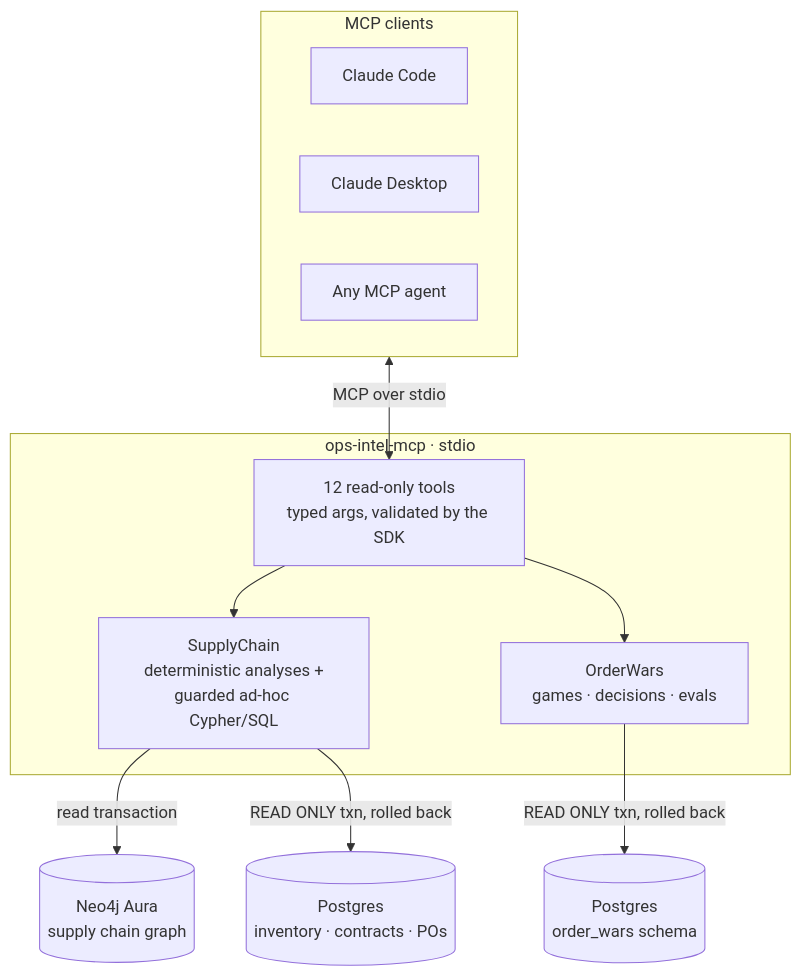
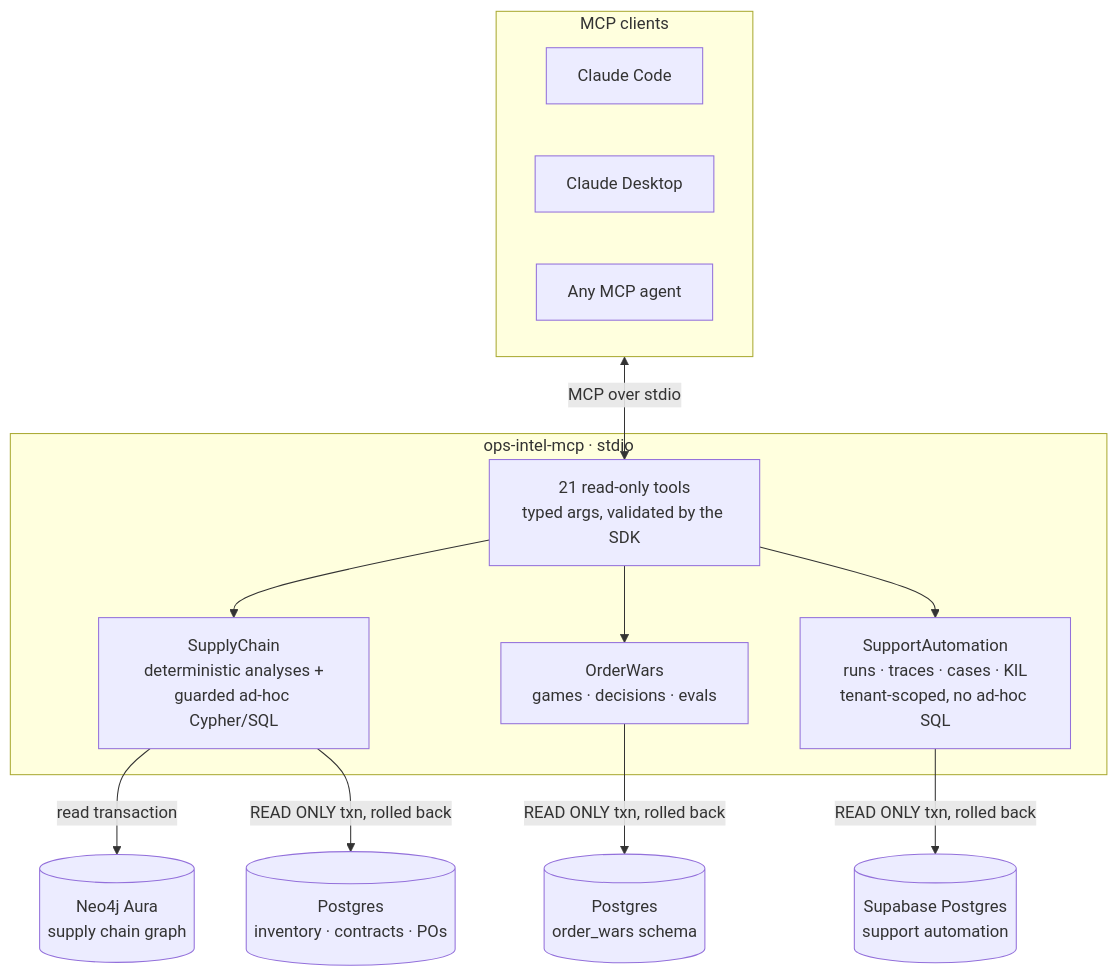
Before and after one commit to vishnuanalytics/ops-intel-mcp: the diagram in README.md, drawn with Mermaid. The commit also changed other lines of this file and 7 other files, not shown here.

First line of the commit message:
Add Support Automation backend: 9 read-only, tenant-scoped tools

````diff
--- a/README.md
+++ b/README.md
@@ -59,26 +78,30 @@
 ```mermaid
 flowchart TB
     subgraph Clients["MCP clients"]
         direction LR
         CC["Claude Code"]
         CD["Claude Desktop"]
         AG["Any MCP agent"]
     end
 
     subgraph Server["ops-intel-mcp · stdio"]
-        T["12 read-only tools<br/>typed args, validated by the SDK"]
+        T["21 read-only tools<br/>typed args, validated by the SDK"]
         SC["SupplyChain<br/>deterministic analyses +<br/>guarded ad-hoc Cypher/SQL"]
         OW["OrderWars<br/>games · decisions · evals"]
+        SA["SupportAutomation<br/>runs · traces · cases · KIL<br/>tenant-scoped, no ad-hoc SQL"]
         T --> SC
         T --> OW
+        T --> SA
     end
 
     N4J[("Neo4j Aura<br/>supply chain graph")]
     PG1[("Postgres<br/>inventory · contracts · POs")]
     PG2[("Postgres<br/>order_wars schema")]
+    PG3[("Supabase Postgres<br/>support automation")]
 
     Clients <-->|"MCP over stdio"| T
     SC -->|"read transaction"| N4J
     SC -->|"READ ONLY txn, rolled back"| PG1
     OW -->|"READ ONLY txn, rolled back"| PG2
+    SA -->|"READ ONLY txn, rolled back"| PG3
 ```
````
